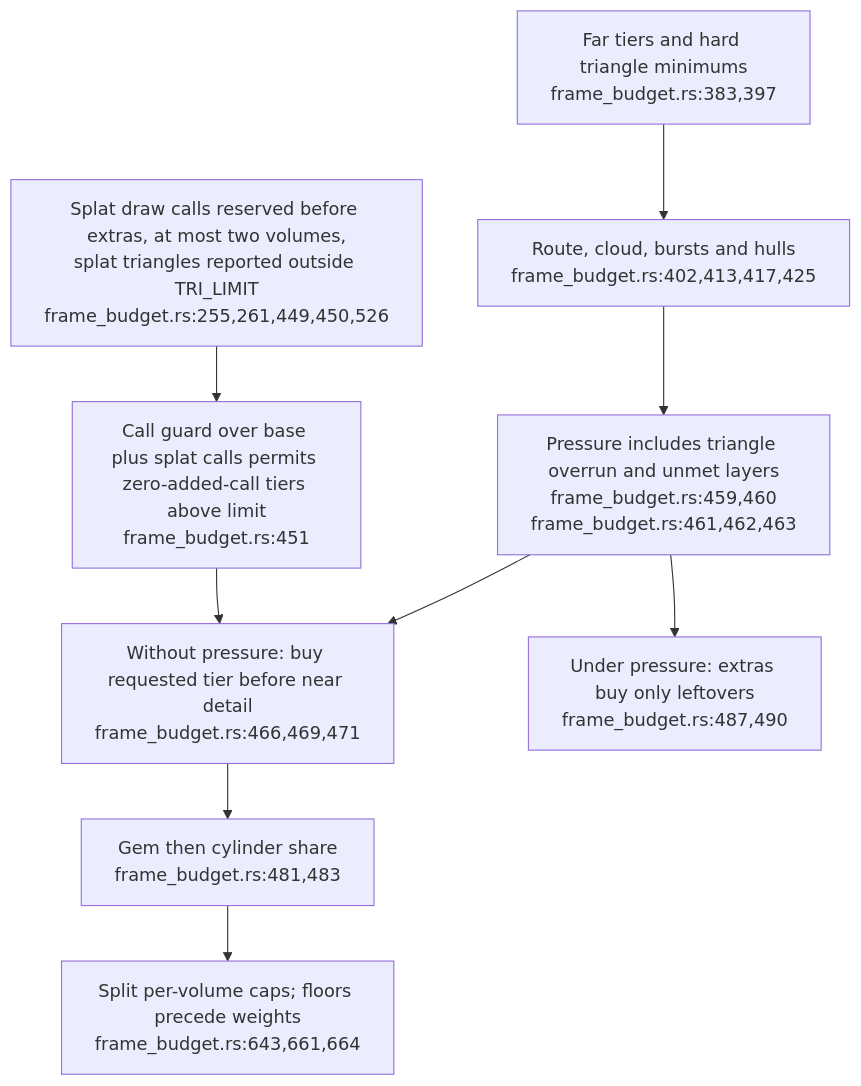
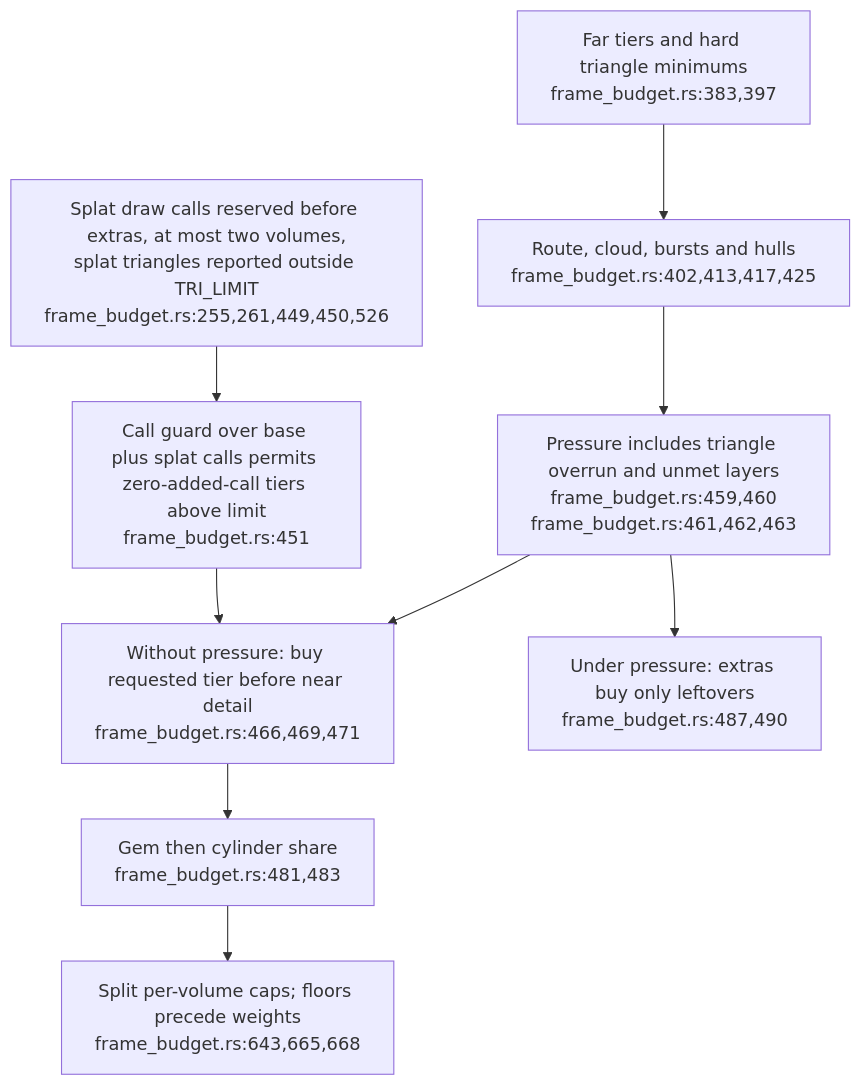
The first of 8 diagrams in docs/diagrams/visionclaw/51-xr-visual-budget-and-engine-gates.md (DreamLab-AI/VisionFlow), drawn with Mermaid before and after one commit. The commit also changed other lines of this file and 24 other files, not shown here.

Commit message:
docs: align XR liveness, filtering and rendering diagrams (#33)

````diff
--- a/docs/diagrams/visionclaw/51-xr-visual-budget-and-engine-gates.md
+++ b/docs/diagrams/visionclaw/51-xr-visual-budget-and-engine-gates.md
@@ -49,11 +49,11 @@
 ```mermaid
 flowchart TD
     HARD["Far tiers and hard triangle minimums<br/>frame_budget.rs:383,397"] --> PRIORITY["Route, cloud, bursts and hulls<br/>frame_budget.rs:402,413,417,425"]
     PRIORITY --> PRESS["Pressure includes triangle overrun and unmet layers<br/>frame_budget.rs:459,460<br/>frame_budget.rs:461,462,463"]
     PRESS --> ALLOW["Without pressure: buy requested tier before near detail<br/>frame_budget.rs:466,469,471"]
     PRESS --> LAST["Under pressure: extras buy only leftovers<br/>frame_budget.rs:487,490"]
     ALLOW --> NEAR["Gem then cylinder share<br/>frame_budget.rs:481,483"]
-    NEAR --> SPLIT["Split per-volume caps; floors precede weights<br/>frame_budget.rs:643,661,664"]
+    NEAR --> SPLIT["Split per-volume caps; floors precede weights<br/>frame_budget.rs:643,665,668"]
     SPLAT["Splat draw calls reserved before extras, at most two volumes,<br/>splat triangles reported outside TRI_LIMIT<br/>frame_budget.rs:255,261,449,450,526"] --> CALLS
     CALLS["Call guard over base plus splat calls permits zero-added-call tiers above limit<br/>frame_budget.rs:451"] --> ALLOW
 ```
````
